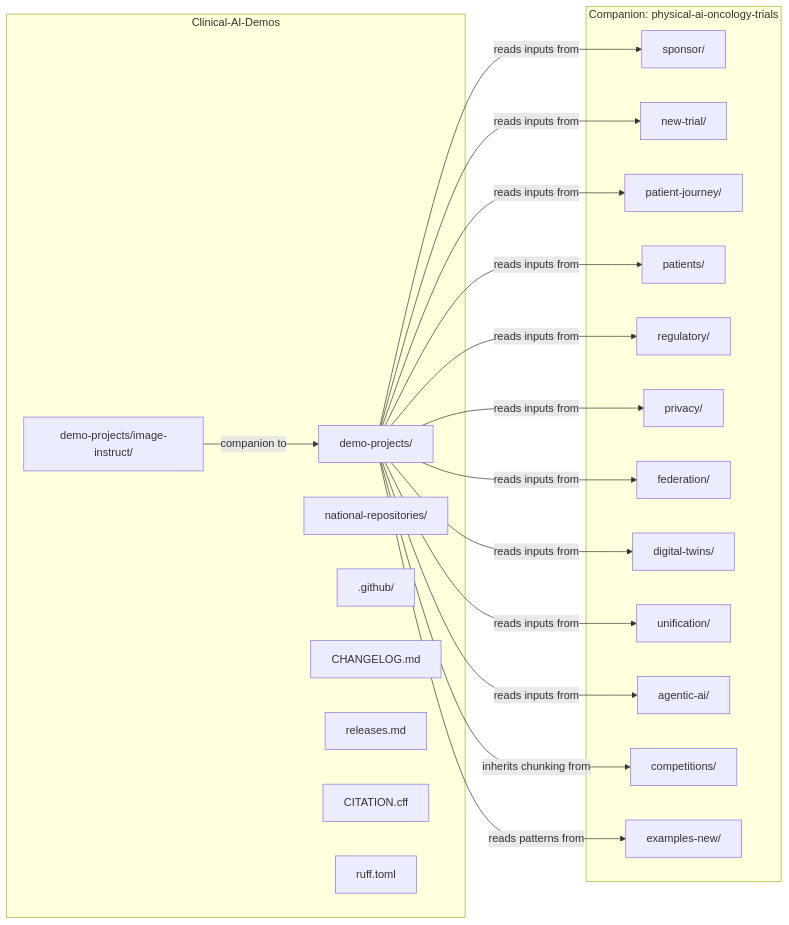
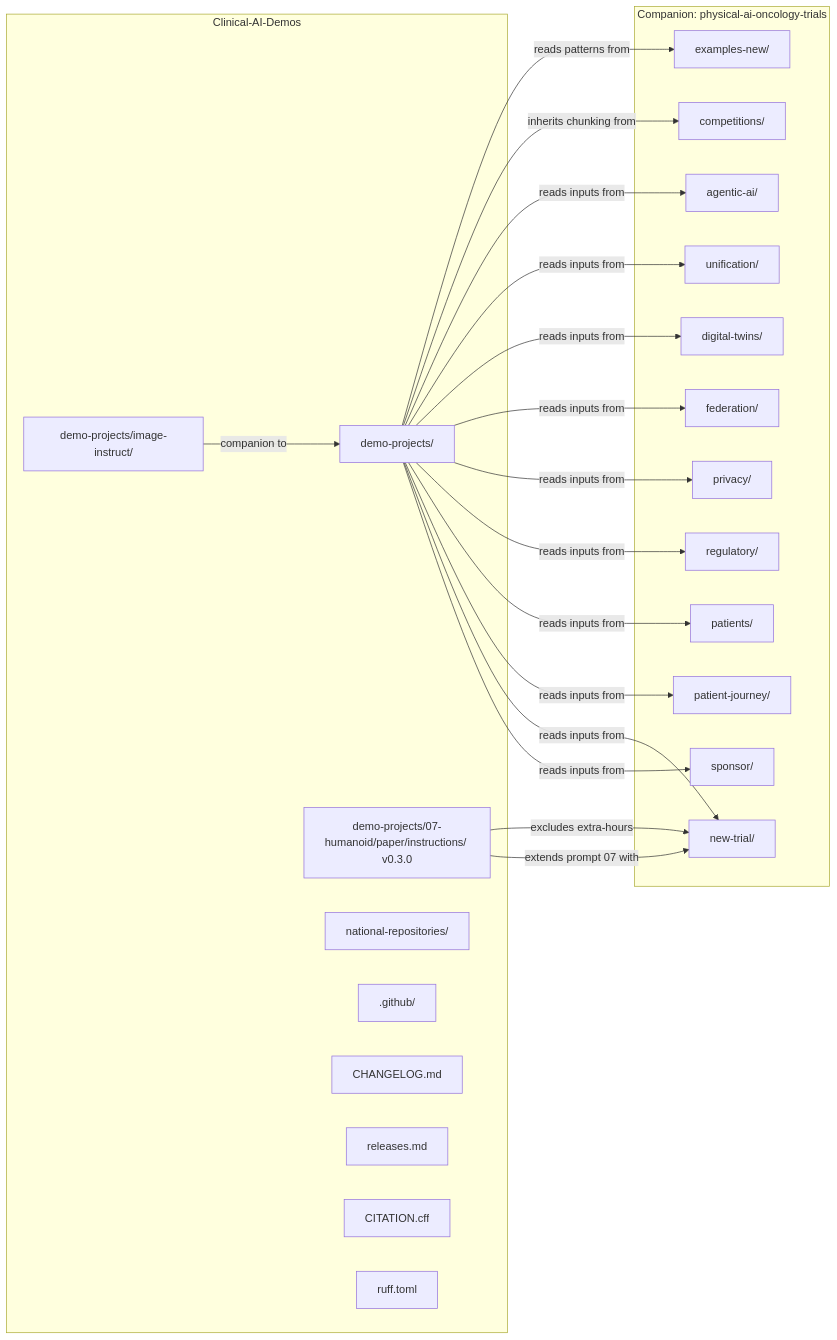
The first of 2 diagrams in README.md (kevinkawchak/Clinical-AI-Demos), drawn with Mermaid before and after one commit. The commit also changed other lines of this file and 4 other files, not shown here.

Commit message:
Commit 7 of 7: Repository updates for v0.3.0 release including top README, releases.md prepended entry, CHANGELOG.md v0.3.0 block, demo projects README update, CITATION refresh with prior FAERS LLM DOI 10.5281/zenodo.18029100

````diff
--- a/README.md
+++ b/README.md
@@ -171,42 +201,45 @@
 ```mermaid
 flowchart LR
   subgraph CAD[Clinical-AI-Demos]
     DP[demo-projects/]
     II[demo-projects/image-instruct/]
+    SW[demo-projects/07-humanoid/paper/instructions/ v0.3.0]
     NR[national-repositories/]
     GH[.github/]
     CHG[CHANGELOG.md]
     REL[releases.md]
     CTN[CITATION.cff]
     RUF[ruff.toml]
   end
 
   subgraph CAP[Companion: physical-ai-oncology-trials]
     SPO[sponsor/]
     NTR[new-trial/]
     PJN[patient-journey/]
     PAT[patients/]
     REG[regulatory/]
     PRI[privacy/]
     FED[federation/]
     DTW[digital-twins/]
     UNI[unification/]
     AGI[agentic-ai/]
     COM[competitions/]
     EXM[examples-new/]
   end
 
   DP -->|reads inputs from| SPO
   DP -->|reads inputs from| NTR
   DP -->|reads inputs from| PJN
   DP -->|reads inputs from| PAT
   DP -->|reads inputs from| REG
   DP -->|reads inputs from| PRI
   DP -->|reads inputs from| FED
   DP -->|reads inputs from| DTW
   DP -->|reads inputs from| UNI
   DP -->|reads inputs from| AGI
   DP -->|inherits chunking from| COM
   DP -->|reads patterns from| EXM
   II -->|companion to| DP
+  SW -->|extends prompt 07 with| NTR
+  SW -->|excludes extra-hours| NTR
 ```
````
